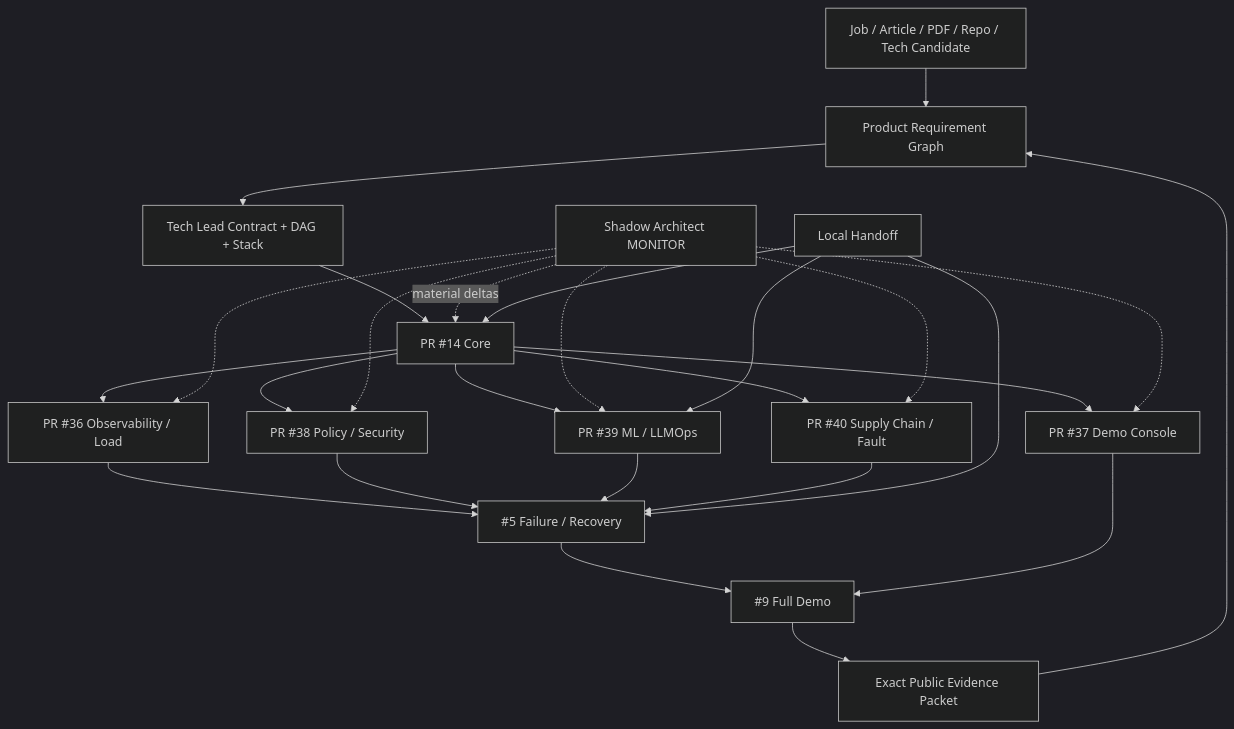
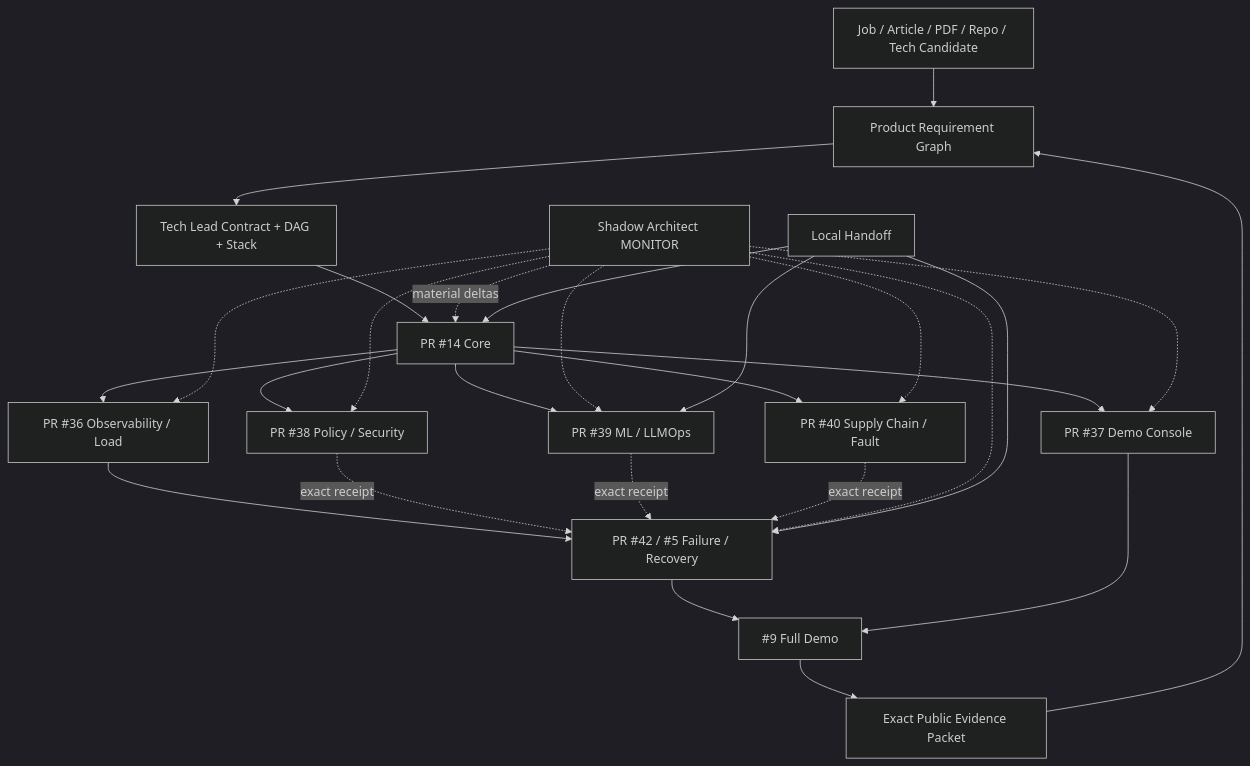
The diagram in README.md (ed3c/DevOps-Manager-Notes), drawn with Mermaid (dark theme) before and after one commit. The commit also changed other lines of this file, not shown here.

Commit message:
Advance README through public M3 failure recovery FIRST_GREEN

````diff
--- a/README.md
+++ b/README.md
@@ -187,28 +193,29 @@
 ```mermaid
 flowchart TD
     S[Job / Article / PDF / Repo / Tech Candidate] --> P[Product Requirement Graph]
     P --> TL[Tech Lead Contract + DAG + Stack]
     TL --> K2[PR #14 Core]
     K2 --> O[PR #36 Observability / Load]
     K2 --> SEC[PR #38 Policy / Security]
     K2 --> ML[PR #39 ML / LLMOps]
     K2 --> UI[PR #37 Demo Console]
     K2 --> SUP[PR #40 Supply Chain / Fault]
-    O --> X5[#5 Failure / Recovery]
-    SEC --> X5
-    ML --> X5
-    SUP --> X5
+    O --> X5[PR #42 / #5 Failure / Recovery]
+    SEC -. exact receipt .-> X5
+    ML -. exact receipt .-> X5
+    SUP -. exact receipt .-> X5
     X5 --> X9[#9 Full Demo]
     UI --> X9
     X9 --> EV[Exact Public Evidence Packet]
     EV --> P
     SH[Shadow Architect MONITOR] -. material deltas .-> K2
     SH -.-> O
     SH -.-> SEC
     SH -.-> ML
     SH -.-> UI
     SH -.-> SUP
+    SH -.-> X5
     LH[Local Handoff] --> K2
     LH --> ML
     LH --> X5
 ```
````
